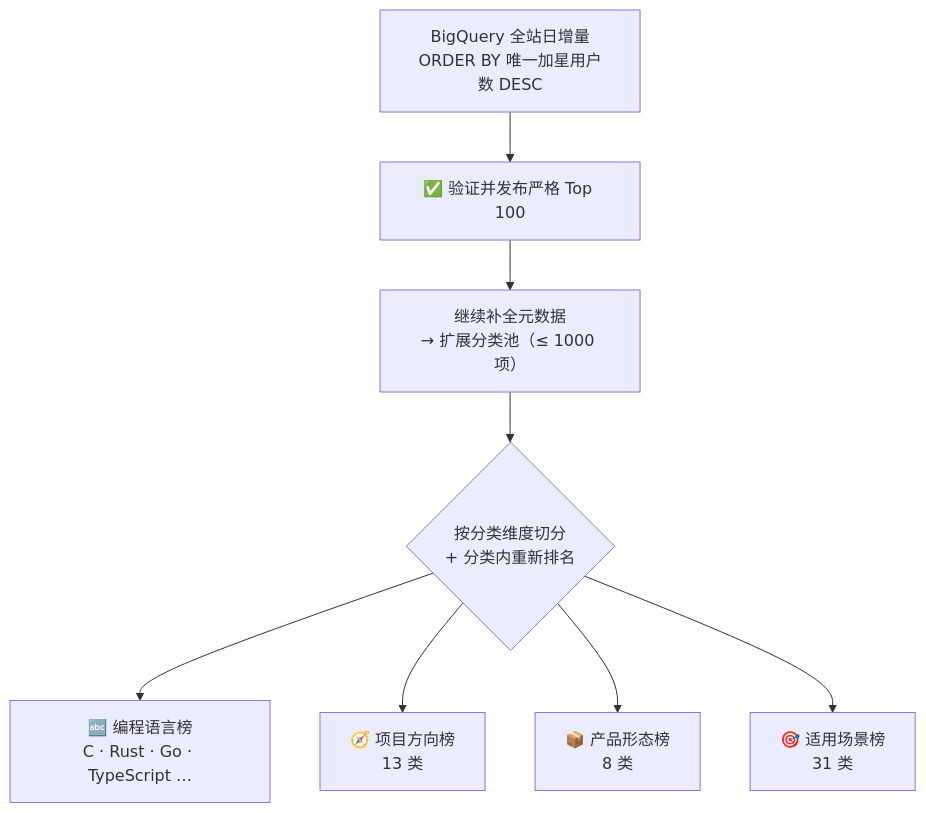
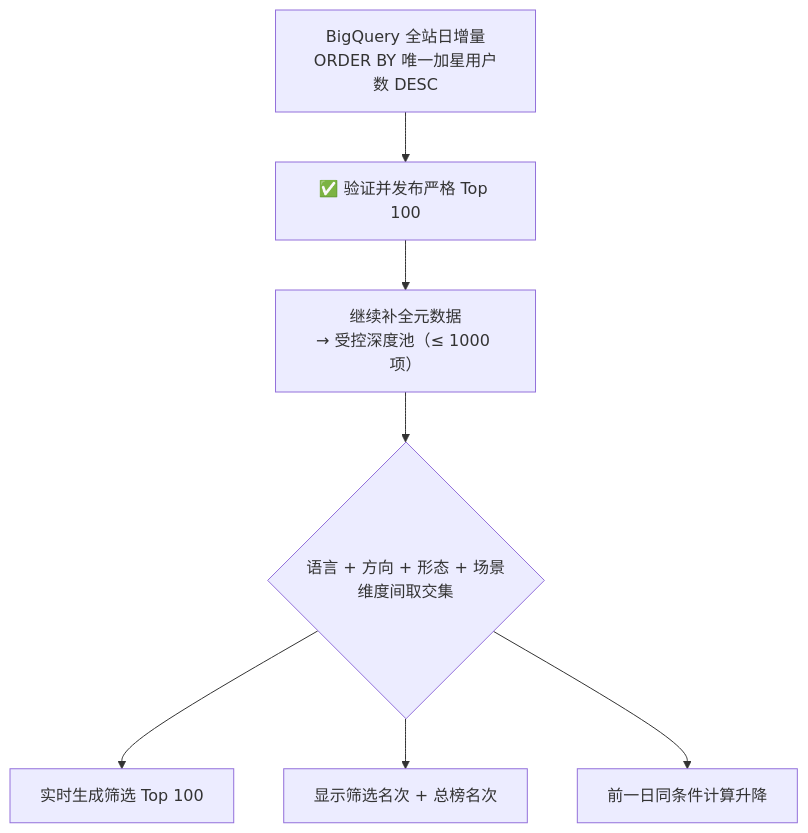
One commit to 728792899-create/open-source-star-rank changed the second of 2 diagrams in README.md. Above: the diagram before and after it, drawn with Mermaid. The commit also changed other lines of this file and 30 other files, not shown here.

````diff
--- a/README.md
+++ b/README.md
@@ -95,10 +95,9 @@
 ```mermaid
 flowchart TD
     Q["BigQuery 全站日增量<br/>ORDER BY 唯一加星用户数 DESC"] --> T["✅ 验证并发布严格 Top 100"]
-    T --> P["继续补全元数据<br/>→ 扩展分类池（≤ 1000 项）"]
-    P --> SPLIT{"按分类维度切分<br/>+ 分类内重新排名"}
-    SPLIT --> L["🔤 编程语言榜<br/>C · Rust · Go · TypeScript …"]
-    SPLIT --> D["🧭 项目方向榜<br/>13 类"]
-    SPLIT --> F["📦 产品形态榜<br/>8 类"]
-    SPLIT --> S["🎯 适用场景榜<br/>31 类"]
+    T --> P["继续补全元数据<br/>→ 受控深度池（≤ 1000 项）"]
+    P --> SPLIT{"语言 + 方向 + 形态 + 场景<br/>维度间取交集"}
+    SPLIT --> L["实时生成筛选 Top 100"]
+    SPLIT --> D["显示筛选名次 + 总榜名次"]
+    SPLIT --> F["前一日同条件计算升降"]
 ```
````
